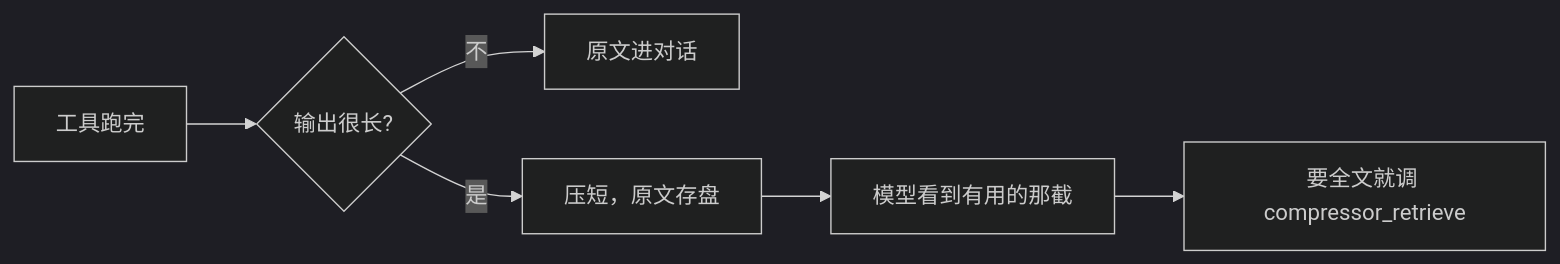
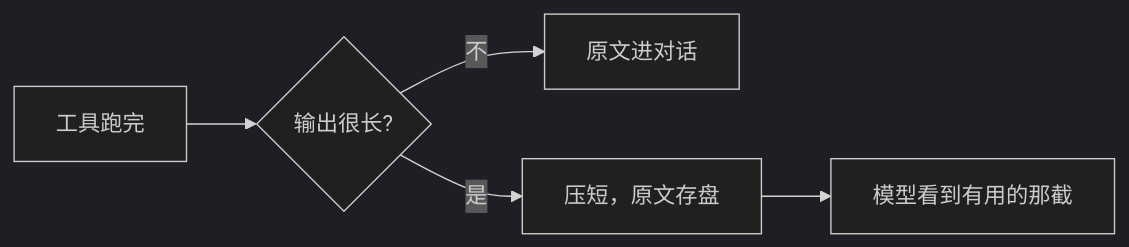
One commit to lifeodyssey/headroom changed the diagram in README.zh-CN.md. Above: the diagram before and after it, drawn with Mermaid (dark theme). The commit also changed other lines of this file and 3 other files, not shown here.

````diff
--- a/README.zh-CN.md
+++ b/README.zh-CN.md
@@ -20,8 +20,7 @@
 ```mermaid
 flowchart LR
   A[工具跑完] --> B{输出很长?}
   B -->|不| C[原文进对话]
   B -->|是| D[压短，原文存盘]
   D --> E[模型看到有用的那截]
-  E --> F[要全文就调 compressor_retrieve]
 ```
````
